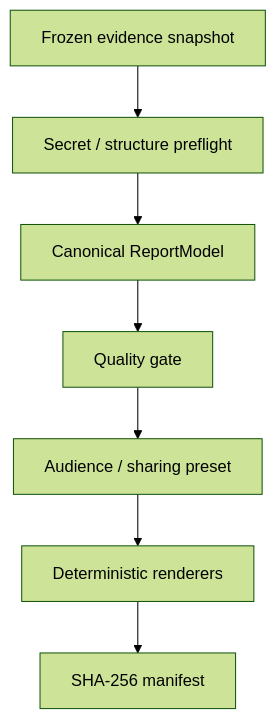
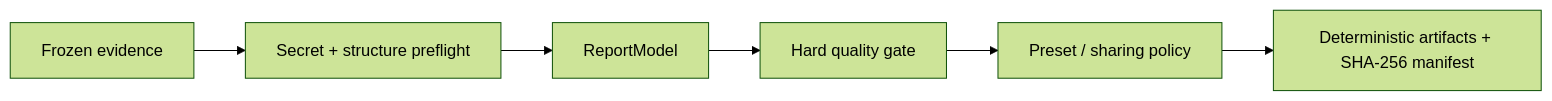
One commit to ger1e/cti-enrichment-gateway changed the fourth of 4 diagrams in README.md. Above: the diagram before and after it, drawn with Mermaid (forest theme). The commit also changed other lines of this file, not shown here.

````diff
--- a/README.md
+++ b/README.md
@@ -321,9 +248,8 @@
 ```mermaid
-flowchart TB
-    A[Frozen evidence snapshot] --> B[Secret / structure preflight]
-    B --> C[Canonical ReportModel]
-    C --> D[Quality gate]
-    D --> E[Audience / sharing preset]
-    E --> F[Deterministic renderers]
-    F --> G[SHA-256 manifest]
+flowchart LR
+    A[Frozen evidence] --> B[Secret + structure preflight]
+    B --> C[ReportModel]
+    C --> D[Hard quality gate]
+    D --> E[Preset / sharing policy]
+    E --> F[Deterministic artifacts + SHA-256 manifest]
 ```
````
